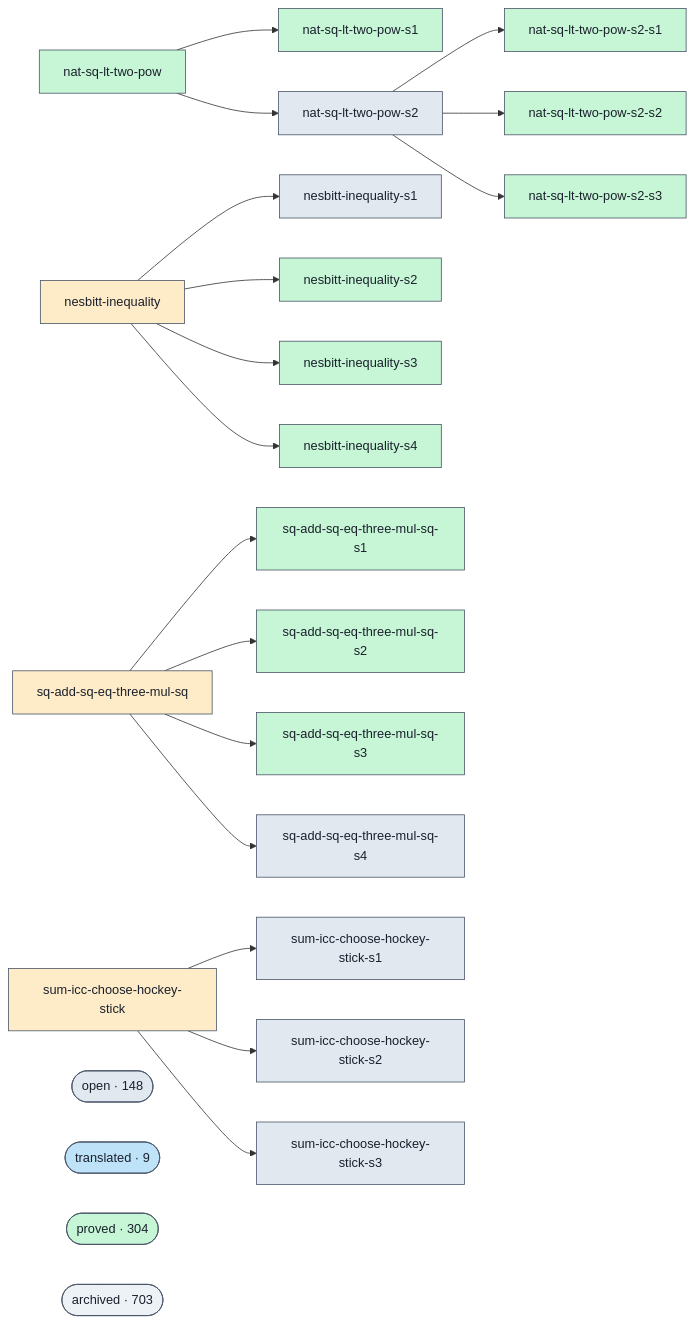
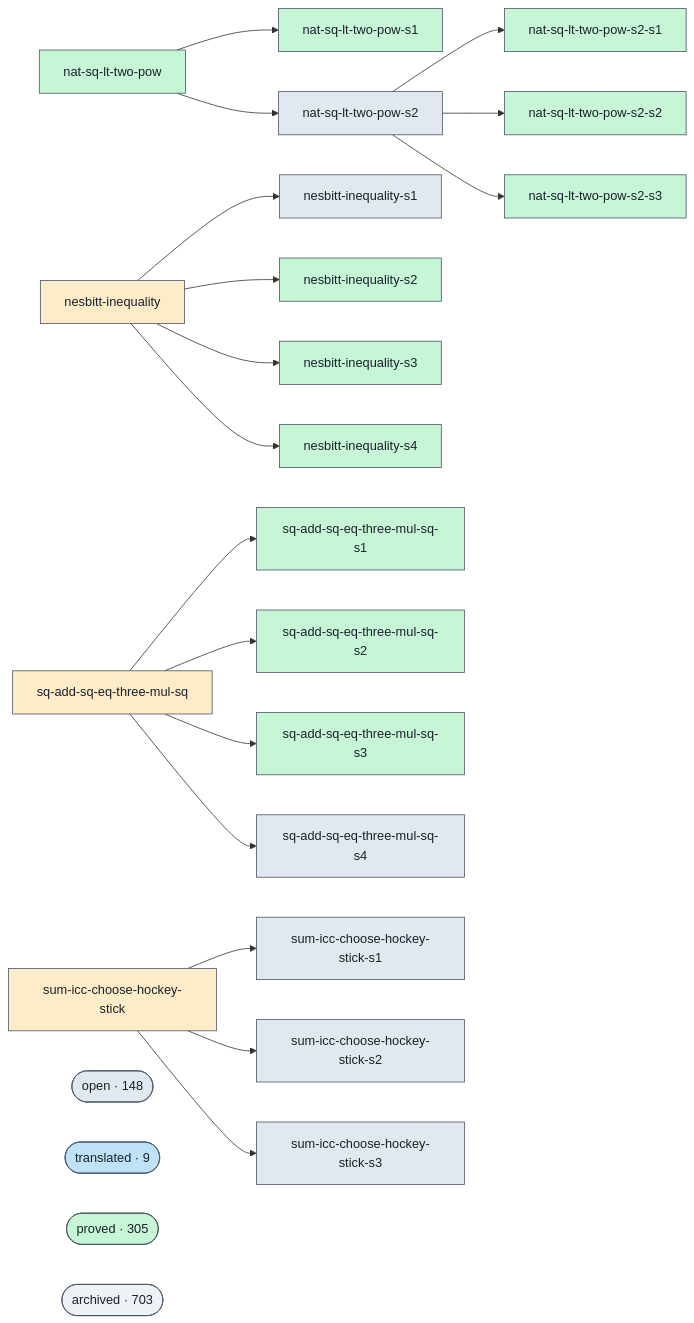
Before and after one commit to ohdearquant/unsorry: the diagram in docs/proofs-contributors-visualisation.md, drawn with Mermaid. The commit also changed other lines of this file and 2 other files, not shown here.

```diff
--- a/docs/proofs-contributors-visualisation.md
+++ b/docs/proofs-contributors-visualisation.md
@@ -102,7 +102,7 @@
   class cluster_open open;
   cluster_translated(["translated · 9"])
   class cluster_translated translated;
-  cluster_proved(["proved · 304"])
+  cluster_proved(["proved · 305"])
   class cluster_proved proved;
   cluster_archived(["archived · 703"])
   class cluster_archived unknown;
```
